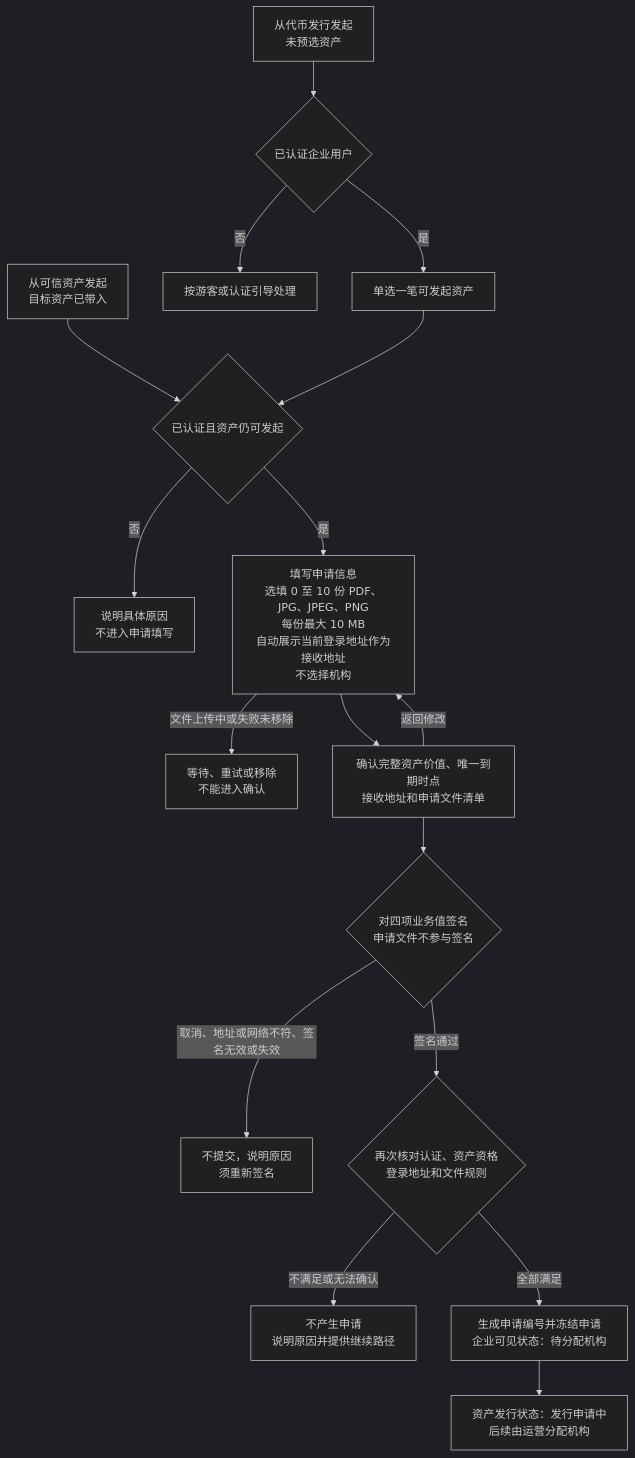
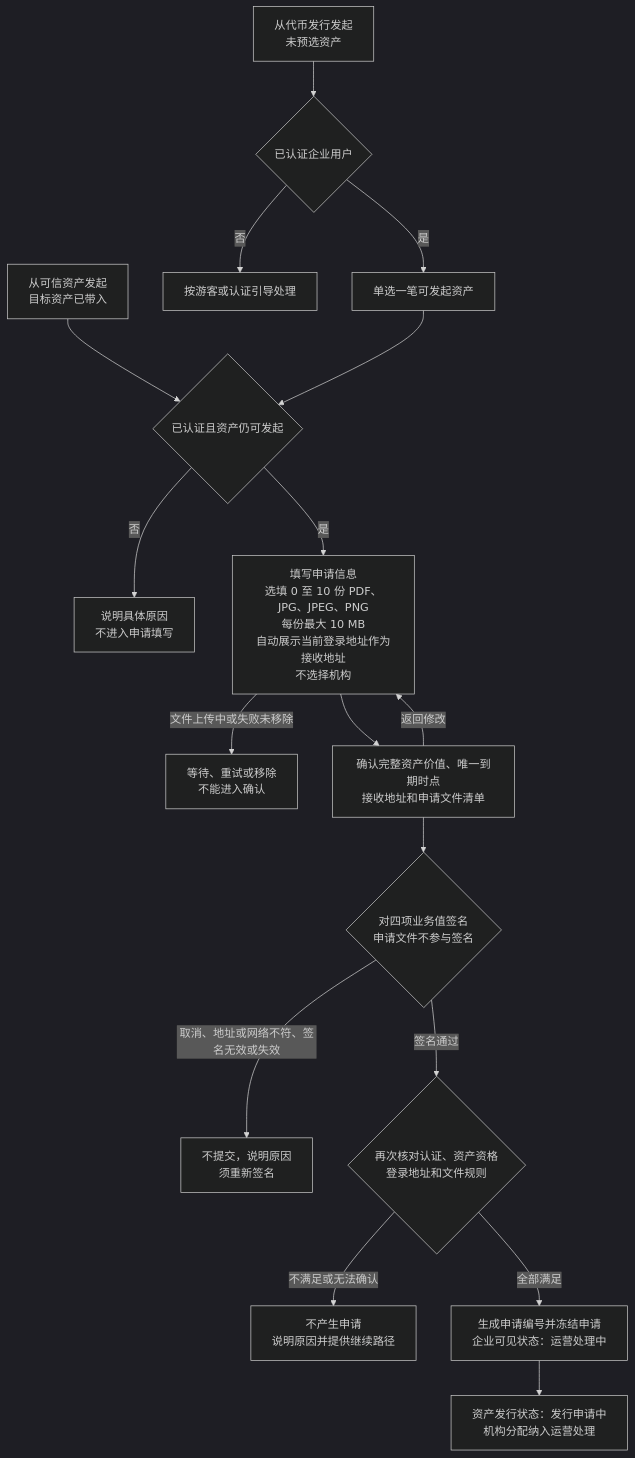
The first of 3 diagrams in token-issuance-platform/PRD/面客端/M3a-代币发行-企业申请/02-代币发行-企业申请-流程图与状态机.md (wxblockchain/Chain-Financing), drawn with Mermaid (dark theme) before and after one commit. The commit also changed other lines of this file and 2 other files, not shown here.

````diff
--- a/token-issuance-platform/PRD/面客端/M3a-代币发行-企业申请/02-代币发行-企业申请-流程图与状态机.md
+++ b/token-issuance-platform/PRD/面客端/M3a-代币发行-企业申请/02-代币发行-企业申请-流程图与状态机.md
@@ -16,19 +16,19 @@
 ```mermaid
 flowchart TD
     A1[从可信资产发起<br/>目标资产已带入] --> B{已认证且资产仍可发起}
     A2[从代币发行发起<br/>未预选资产] --> C{已认证企业用户}
     C -->|否| C1[按游客或认证引导处理]
     C -->|是| D[单选一笔可发起资产]
     D --> B
     B -->|否| B1[说明具体原因<br/>不进入申请填写]
     B -->|是| E[填写申请信息<br/>选填 0 至 10 份 PDF、JPG、JPEG、PNG<br/>每份最大 10 MB<br/>自动展示当前登录地址作为接收地址<br/>不选择机构]
     E -->|文件上传中或失败未移除| E1[等待、重试或移除<br/>不能进入确认]
     E --> F[确认完整资产价值、唯一到期时点<br/>接收地址和申请文件清单]
     F -->|返回修改| E
     F --> G{对四项业务值签名<br/>申请文件不参与签名}
     G -->|取消、地址或网络不符、签名无效或失效| G1[不提交，说明原因<br/>须重新签名]
     G -->|签名通过| H{再次核对认证、资产资格<br/>登录地址和文件规则}
     H -->|不满足或无法确认| H1[不产生申请<br/>说明原因并提供继续路径]
-    H -->|全部满足| I[生成申请编号并冻结申请<br/>企业可见状态：待分配机构]
-    I --> J[资产发行状态：发行申请中<br/>后续由运营分配机构]
+    H -->|全部满足| I[生成申请编号并冻结申请<br/>企业可见状态：运营处理中]
+    I --> J[资产发行状态：发行申请中<br/>机构分配纳入运营处理]
 ```
````
